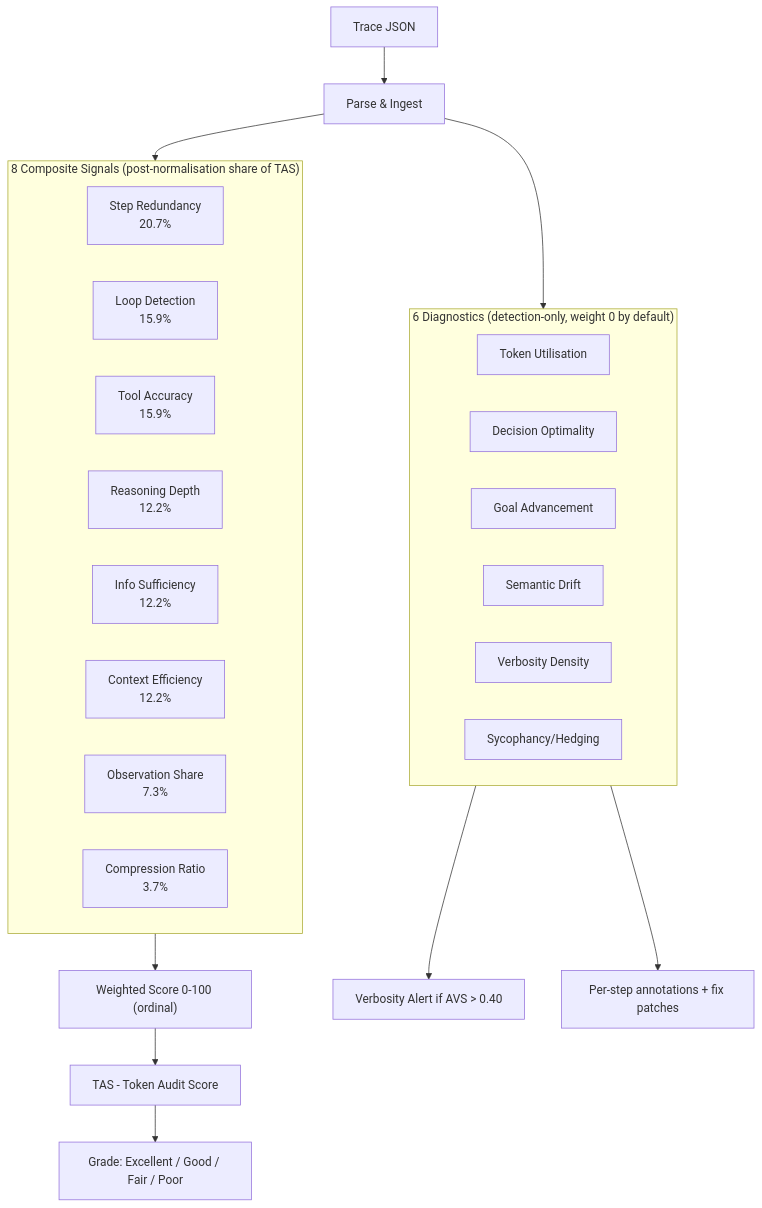
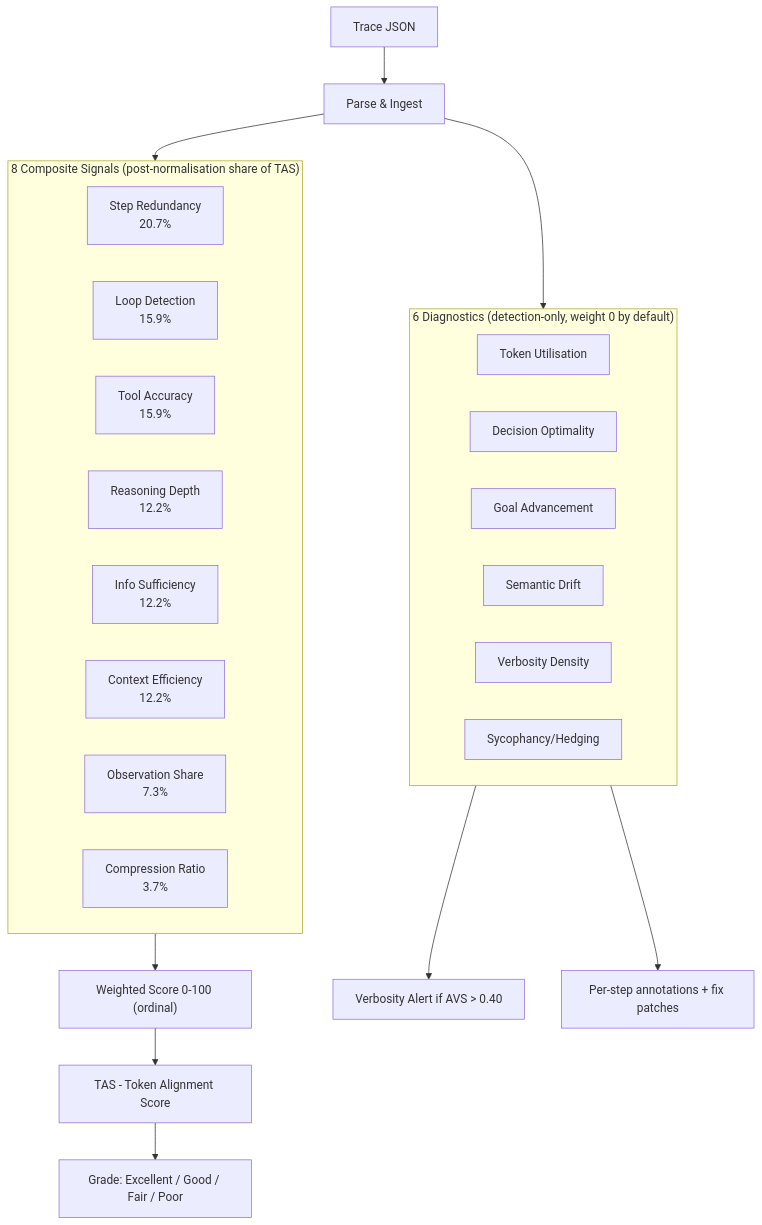
One commit to ZulfaqarHafez/TraceRazor changed the third of 8 diagrams in README.md. Above: the diagram before and after it, drawn with Mermaid. The commit also changed other lines of this file and 204 other files, not shown here.

````diff
--- a/README.md
+++ b/README.md
@@ -507,34 +535,34 @@
 ```mermaid
 flowchart TD
     T[Trace JSON] --> P[Parse & Ingest]
     P --> M
 
     subgraph M["8 Composite Signals (post-normalisation share of TAS)"]
         direction LR
         S1["Step Redundancy\n20.7%"]
         S2["Loop Detection\n15.9%"]
         S3["Tool Accuracy\n15.9%"]
         S4["Reasoning Depth\n12.2%"]
         S5["Info Sufficiency\n12.2%"]
         S7["Context Efficiency\n12.2%"]
         O1["Observation Share\n7.3%"]
         V3["Compression Ratio\n3.7%"]
     end
 
     subgraph D["6 Diagnostics (detection-only, weight 0 by default)"]
         direction LR
         S6["Token Utilisation"]
         S8["Decision Optimality"]
         S9["Goal Advancement"]
         S10["Semantic Drift"]
         V1["Verbosity Density"]
         V2["Sycophancy/Hedging"]
     end
 
     P --> D
     M --> W["Weighted Score 0-100 (ordinal)"]
-    W --> TAS["TAS - Token Audit Score"]
+    W --> TAS["TAS - Token Alignment Score"]
     TAS --> G["Grade: Excellent / Good / Fair / Poor"]
     D --> AVS["Verbosity Alert if AVS > 0.40"]
     D --> FX["Per-step annotations + fix patches"]
 ```
````
